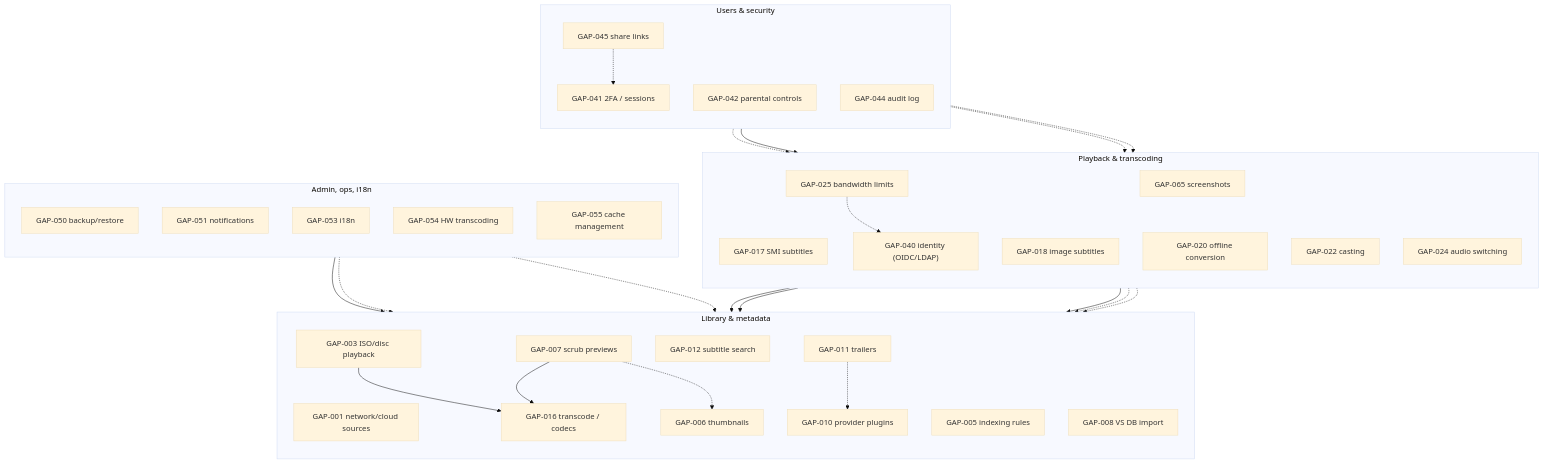
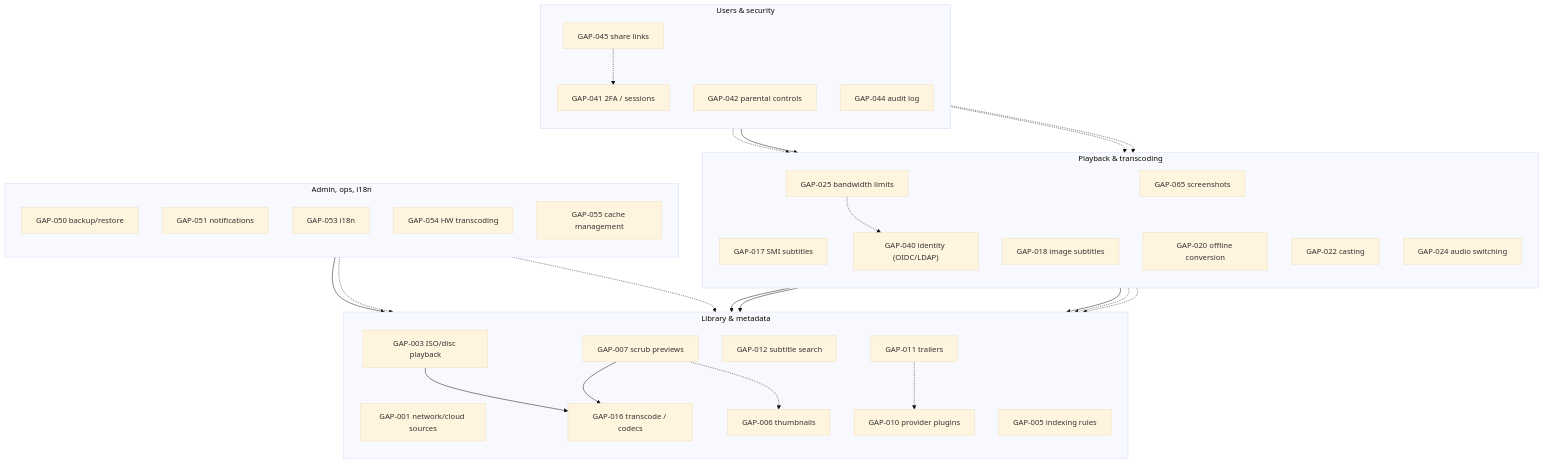
One commit to liyu1981/my-videostation changed the diagram in docs/GAPS.md. Above: the diagram before and after it, drawn with Mermaid (base theme). The commit also changed other lines of this file and 18 other files, not shown here.

````diff
--- a/docs/GAPS.md
+++ b/docs/GAPS.md
@@ -88,73 +88,72 @@
 ```mermaid
 flowchart TB
   subgraph Library["Library & metadata"]
     direction TB
     G1["GAP-001 network/cloud sources"]
     G3["GAP-003 ISO/disc playback"]
     G5["GAP-005 indexing rules"]
     G6["GAP-006 thumbnails"]
     G7["GAP-007 scrub previews"]
-    G8["GAP-008 VS DB import"]
     G10["GAP-010 provider plugins"]
     G11["GAP-011 trailers"]
     G12["GAP-012 subtitle search"]
 
     G3 --> G16
     G7 --> G16
     G7 -.-> G6
     G11 -.-> G10
   end
 
   subgraph Playback["Playback & transcoding"]
     direction TB
     G16["GAP-016 transcode / codecs"]
     G17["GAP-017 SMI subtitles"]
     G18["GAP-018 image subtitles"]
     G20["GAP-020 offline conversion"]
     G22["GAP-022 casting"]
     G24["GAP-024 audio switching"]
     G25["GAP-025 bandwidth limits"]
     G65["GAP-065 screenshots"]
 
     G18 --> G16
     G20 --> G16
     G24 --> G16
     G22 -.-> G16
     G65 -.-> G16
     G25 -.-> G40
   end
 
   subgraph Users["Users & security"]
     direction TB
     G40["GAP-040 identity (OIDC/LDAP)"]
     G41["GAP-041 2FA / sessions"]
     G42["GAP-042 parental controls"]
     G44["GAP-044 audit log"]
     G45["GAP-045 share links"]
 
     G41 -.-> G40
     G42 --> G40
     G44 -.-> G40
     G45 -.-> G41
     G45 -.-> G25
   end
 
   subgraph Ops["Admin, ops, i18n"]
     direction TB
     G50["GAP-050 backup/restore"]
     G51["GAP-051 notifications"]
     G53["GAP-053 i18n"]
     G54["GAP-054 HW transcoding"]
     G55["GAP-055 cache management"]
 
     G54 --> G16
     G55 -.-> G6
     G55 -.-> G16
   end
 
   %% layout-only links keep the clusters stacked
   G12 ~~~ G16
   G65 ~~~ G40
   G45 ~~~ G50
   G55 ~~~ G16
 ```
````
